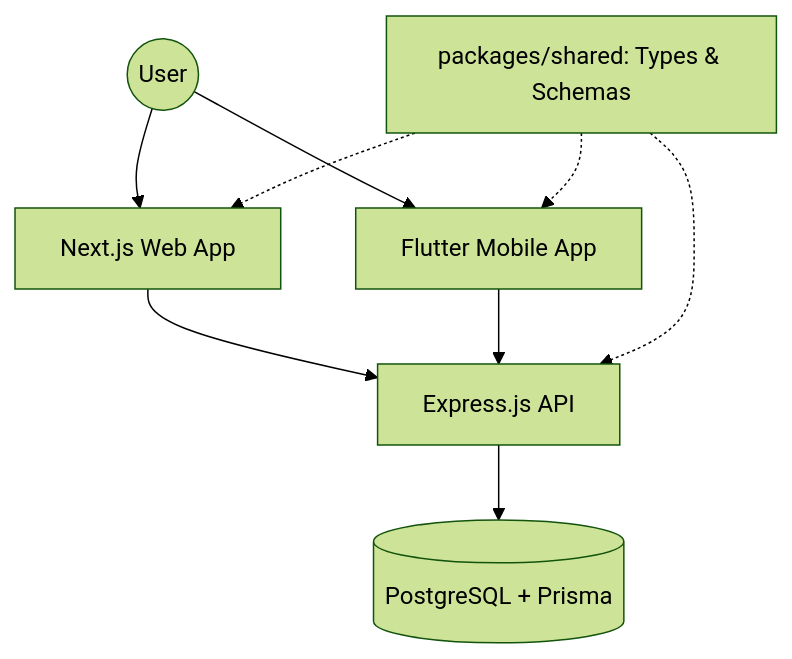
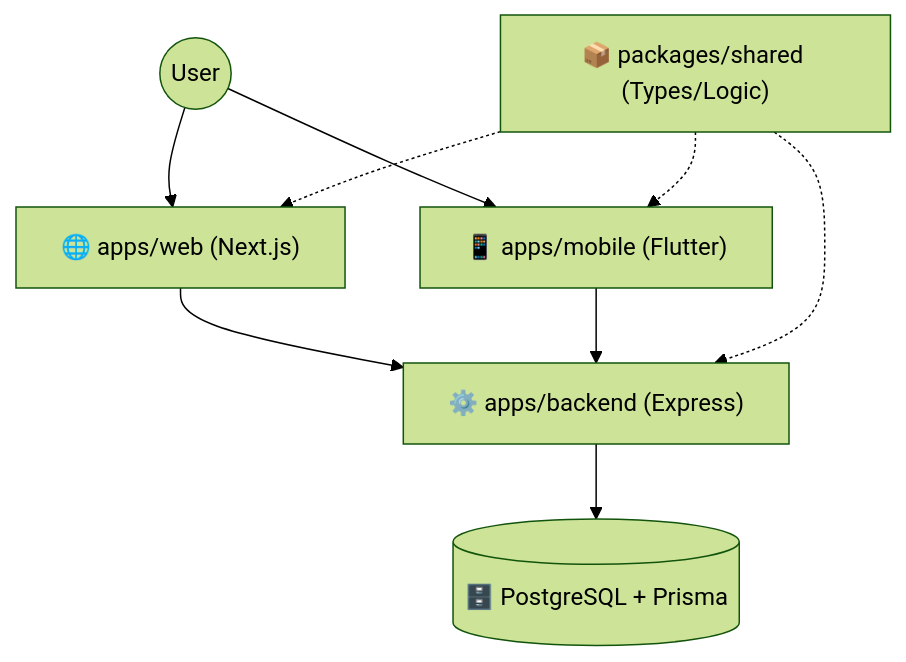
The diagram in README.md (Asyqorrr/vezlock), drawn with Mermaid (forest theme) before and after one commit. The commit also changed other lines of this file, not shown here.

Commit message:
feat: Revamp README with an enhanced project overview, detailed zero-knowledge security model, refined monorepo architecture, new roadmap, and improved installation instructions.

````diff
--- a/README.md
+++ b/README.md
@@ -24,18 +27,18 @@
 ```mermaid
 graph TD
     User((User))
-    Web[Next.js Web App]
-    Mobile[Flutter Mobile App]
-    Backend[Express.js API]
-    DB[(PostgreSQL + Prisma)]
-    Shared[packages/shared: Types & Schemas]
+    Web["🌐 apps/web (Next.js)"]
+    Mobile["📱 apps/mobile (Flutter)"]
+    Backend["⚙️ apps/backend (Express)"]
+    DB[("🗄️ PostgreSQL + Prisma")]
+    Shared["📦 packages/shared (Types/Logic)"]
 
     User --> Web
     User --> Mobile
     Web --> Backend
     Mobile --> Backend
     Backend --> DB
     Shared -.-> Web
     Shared -.-> Mobile
     Shared -.-> Backend
 ```
````
